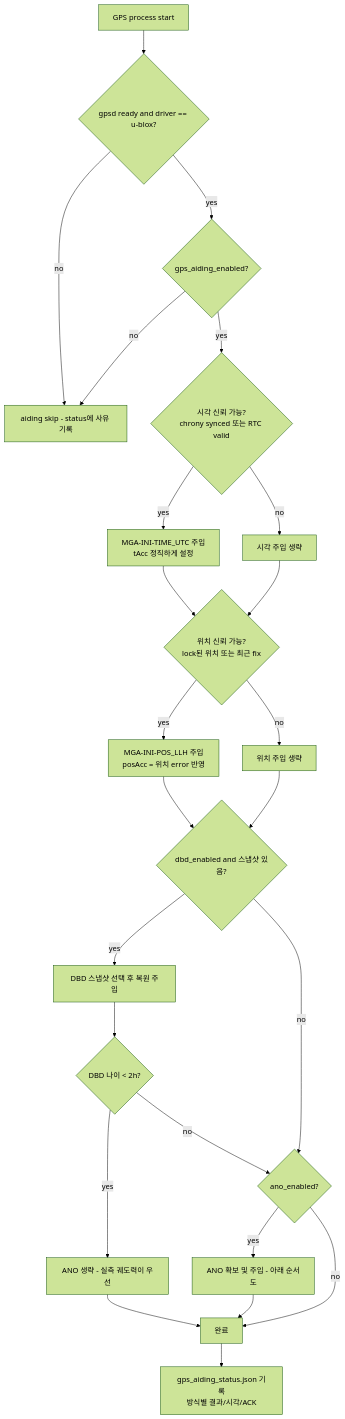
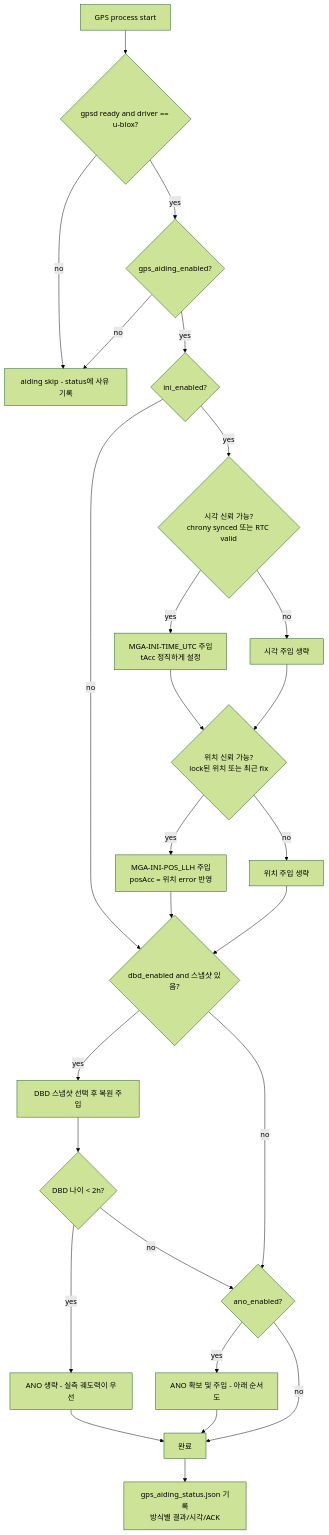
Before and after one commit to hjoungjoo/MF_PiFinder: the first of 5 diagrams in docs/mf_gps_aiding_plan_ko.md, drawn with Mermaid (forest theme). The commit also changed other lines of this file and 1 other file, not shown here.

First line of the commit message:
docs: make MGA-INI a user-selectable method in the GPS aiding plan

````diff
--- a/docs/mf_gps_aiding_plan_ko.md
+++ b/docs/mf_gps_aiding_plan_ko.md
@@ -94,26 +97,28 @@
 ```mermaid
 flowchart TD
     A[GPS process start] --> B{gpsd ready and driver == u-blox?}
     B -->|no| Z1[aiding skip - status에 사유 기록]
     B -->|yes| C{gps_aiding_enabled?}
     C -->|no| Z1
-    C -->|yes| D{시각 신뢰 가능?<br/>chrony synced 또는 RTC valid}
+    C -->|yes| C2{ini_enabled?}
+    C2 -->|no| J
+    C2 -->|yes| D{시각 신뢰 가능?<br/>chrony synced 또는 RTC valid}
     D -->|yes| E[MGA-INI-TIME_UTC 주입<br/>tAcc 정직하게 설정]
     D -->|no| F[시각 주입 생략]
     E --> G{위치 신뢰 가능?<br/>lock된 위치 또는 최근 fix}
     F --> G
     G -->|yes| H[MGA-INI-POS_LLH 주입<br/>posAcc = 위치 error 반영]
     G -->|no| I[위치 주입 생략]
     H --> J{dbd_enabled and 스냅샷 있음?}
     I --> J
     J -->|yes| K[DBD 스냅샷 선택 후 복원 주입]
     J -->|no| L{ano_enabled?}
     K --> M{DBD 나이 < 2h?}
     M -->|yes| N[ANO 생략 - 실측 궤도력이 우선]
     M -->|no| L
     L -->|yes| O[ANO 확보 및 주입 - 아래 순서도]
     L -->|no| P[완료]
     N --> P
     O --> P
     P --> Q[gps_aiding_status.json 기록<br/>방식별 결과/시각/ACK]
 ```
````
